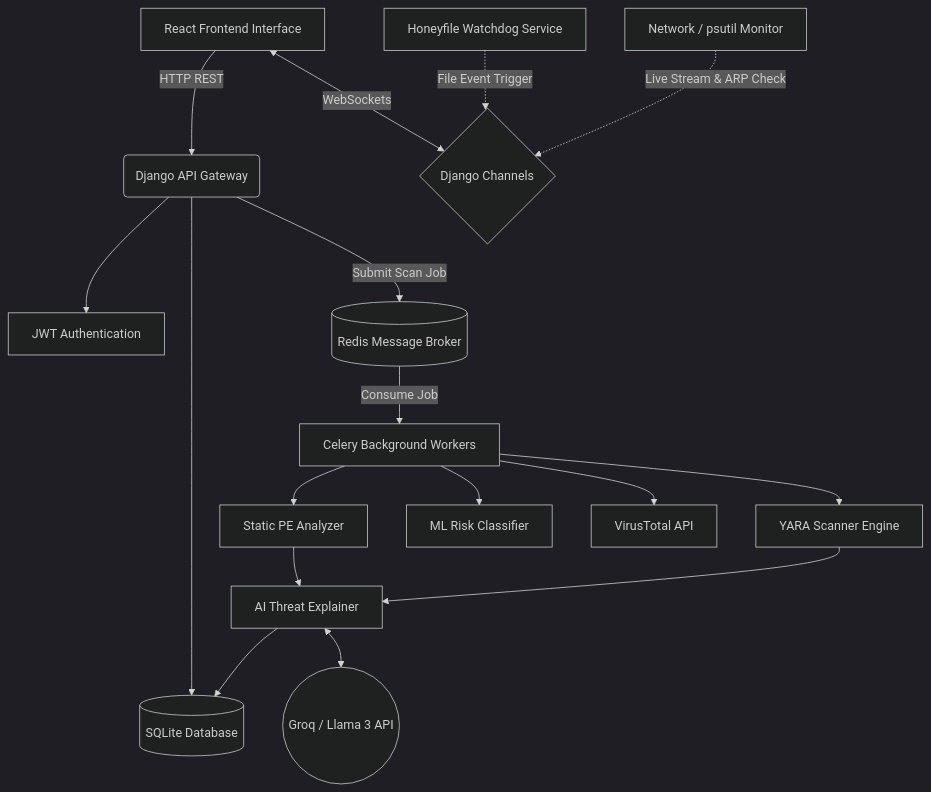
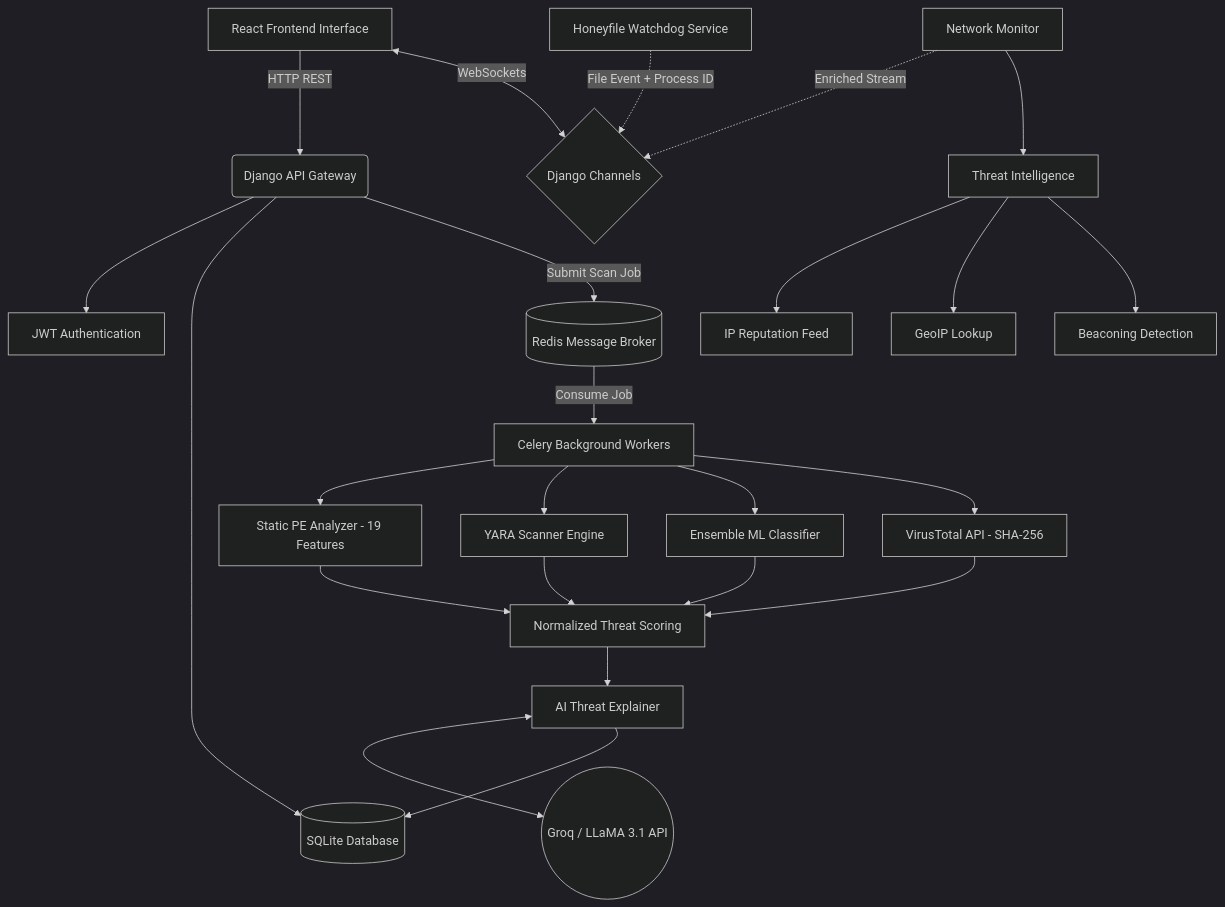
Before and after one commit to Narayan-pixel-dev/Ransomware_Shield_rudra00434: the diagram in README.md, drawn with Mermaid (dark theme). The commit also changed other lines of this file and 25 other files, not shown here.

````diff
--- a/README.md
+++ b/README.md
@@ -108,25 +143,33 @@
 ```mermaid
 graph TD
     UI[React Frontend Interface] -->|HTTP REST| API(Django API Gateway)
     UI <-->|WebSockets| CHANNELS{Django Channels}
     
     API --> AUTH[JWT Authentication]
     API --> DB[(SQLite Database)]
     
     API -->|Submit Scan Job| BROKER[(Redis Message Broker)]
     BROKER -->|Consume Job| CELERY[Celery Background Workers]
     
-    CELERY --> ENGINE_1[Static PE Analyzer]
+    CELERY --> ENGINE_1[Static PE Analyzer - 19 Features]
     CELERY --> ENGINE_2[YARA Scanner Engine]
-    CELERY --> ENGINE_3[ML Risk Classifier]
-    CELERY --> ENGINE_4[VirusTotal API]
+    CELERY --> ENGINE_3[Ensemble ML Classifier]
+    CELERY --> ENGINE_4[VirusTotal API - SHA-256]
     
-    ENGINE_1 --> AI_REPORT
-    ENGINE_2 --> AI_REPORT
+    ENGINE_1 --> SCORING[Normalized Threat Scoring]
+    ENGINE_2 --> SCORING
+    ENGINE_3 --> SCORING
+    ENGINE_4 --> SCORING
     
-    AI_REPORT[AI Threat Explainer] <--> GROQ((Groq / Llama 3 API))
+    SCORING --> AI_REPORT[AI Threat Explainer]
+    AI_REPORT <--> GROQ((Groq / LLaMA 3.1 API))
     AI_REPORT --> DB
     
-    HONEYPOT[Honeyfile Watchdog Service] -.->|File Event Trigger| CHANNELS
-    NET[Network / psutil Monitor] -.->|Live Stream & ARP Check| CHANNELS
+    HONEYPOT[Honeyfile Watchdog Service] -.->|File Event + Process ID| CHANNELS
+    NET[Network Monitor] -.->|Enriched Stream| CHANNELS
+    
+    NET --> THREAT_INTEL[Threat Intelligence]
+    THREAT_INTEL --> IP_REP[IP Reputation Feed]
+    THREAT_INTEL --> GEOIP[GeoIP Lookup]
+    THREAT_INTEL --> BEACON[Beaconing Detection]
 ```
````
